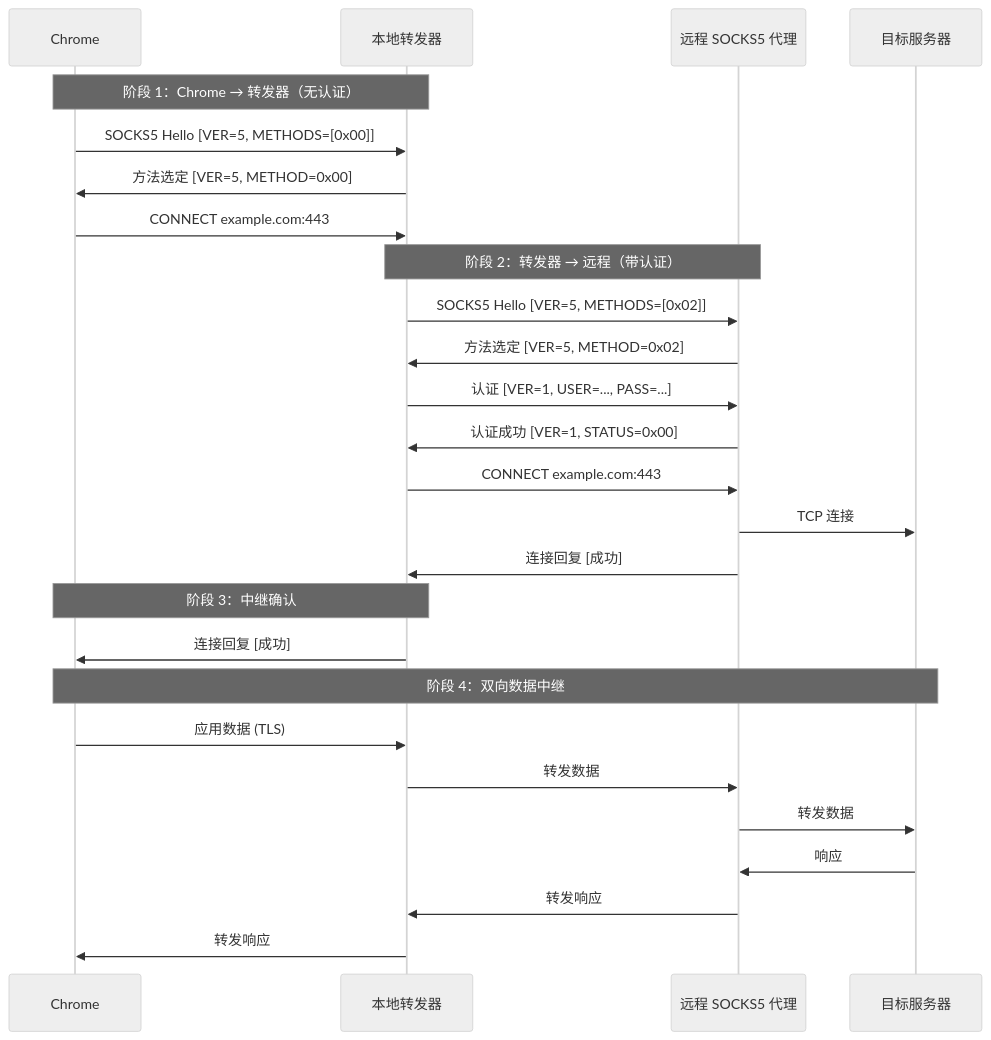
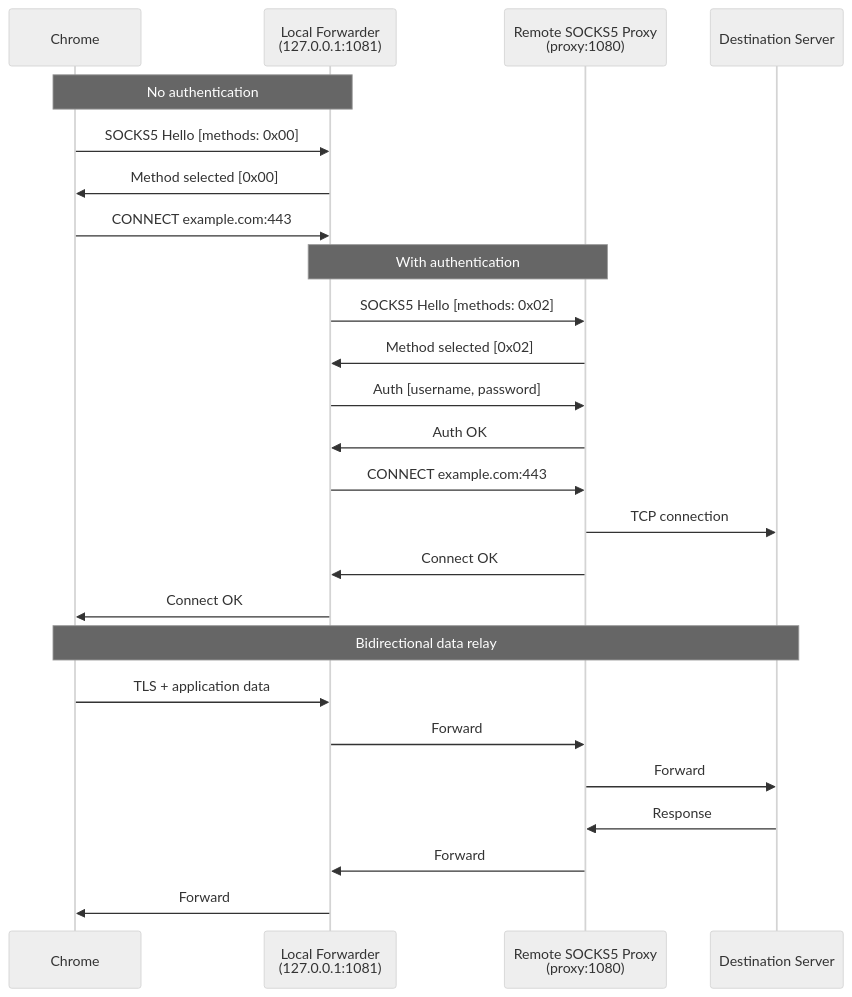
The third of 3 diagrams in docs/zh/deep-dive/network/socks-proxies.md (autoscrape-labs/pydoll), drawn with Mermaid (neutral theme) before and after one commit. The commit also changed other lines of this file and 9 other files, not shown here.

````diff
--- a/docs/zh/deep-dive/network/socks-proxies.md
+++ b/docs/zh/deep-dive/network/socks-proxies.md
@@ -497,32 +243,31 @@
 ```mermaid
 sequenceDiagram
     participant Chrome
-    participant Forwarder as 本地转发器
-    participant Remote as 远程 SOCKS5 代理
-    participant Server as 目标服务器
+    participant Forwarder as Local Forwarder<br/>(127.0.0.1:1081)
+    participant Remote as Remote SOCKS5 Proxy<br/>(proxy:1080)
+    participant Server as Destination Server
 
-    Note over Chrome,Forwarder: 阶段 1：Chrome → 转发器（无认证）
-    Chrome->>Forwarder: SOCKS5 Hello [VER=5, METHODS=[0x00]]
-    Forwarder->>Chrome: 方法选定 [VER=5, METHOD=0x00]
+    Note over Chrome,Forwarder: No authentication
+    Chrome->>Forwarder: SOCKS5 Hello [methods: 0x00]
+    Forwarder->>Chrome: Method selected [0x00]
     Chrome->>Forwarder: CONNECT example.com:443
 
-    Note over Forwarder,Remote: 阶段 2：转发器 → 远程（带认证）
-    Forwarder->>Remote: SOCKS5 Hello [VER=5, METHODS=[0x02]]
-    Remote->>Forwarder: 方法选定 [VER=5, METHOD=0x02]
-    Forwarder->>Remote: 认证 [VER=1, USER=..., PASS=...]
-    Remote->>Forwarder: 认证成功 [VER=1, STATUS=0x00]
+    Note over Forwarder,Remote: With authentication
+    Forwarder->>Remote: SOCKS5 Hello [methods: 0x02]
+    Remote->>Forwarder: Method selected [0x02]
+    Forwarder->>Remote: Auth [username, password]
+    Remote->>Forwarder: Auth OK
     Forwarder->>Remote: CONNECT example.com:443
-    Remote->>Server: TCP 连接
-    Remote->>Forwarder: 连接回复 [成功]
+    Remote->>Server: TCP connection
+    Remote->>Forwarder: Connect OK
 
-    Note over Chrome,Forwarder: 阶段 3：中继确认
-    Forwarder->>Chrome: 连接回复 [成功]
+    Forwarder->>Chrome: Connect OK
 
-    Note over Chrome,Server: 阶段 4：双向数据中继
-    Chrome->>Forwarder: 应用数据 (TLS)
-    Forwarder->>Remote: 转发数据
-    Remote->>Server: 转发数据
-    Server->>Remote: 响应
-    Remote->>Forwarder: 转发响应
-    Forwarder->>Chrome: 转发响应
+    Note over Chrome,Server: Bidirectional data relay
+    Chrome->>Forwarder: TLS + application data
+    Forwarder->>Remote: Forward
+    Remote->>Server: Forward
+    Server->>Remote: Response
+    Remote->>Forwarder: Forward
+    Forwarder->>Chrome: Forward
 ```
````
